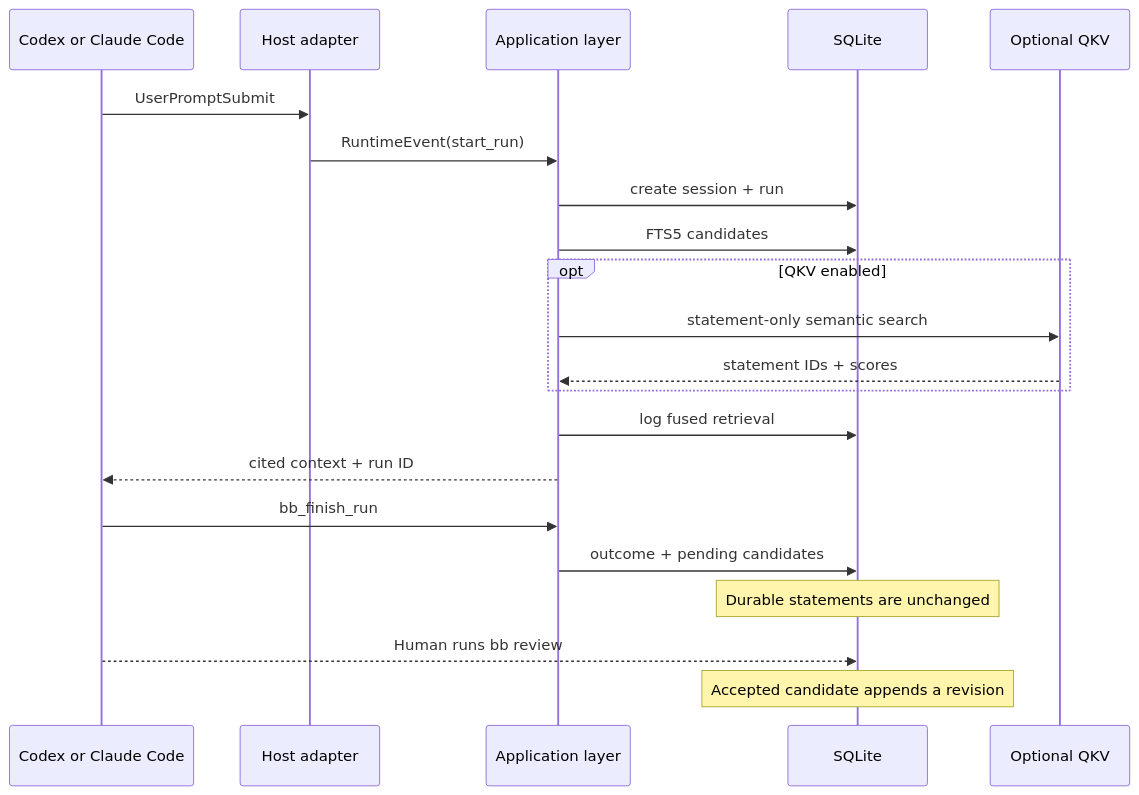
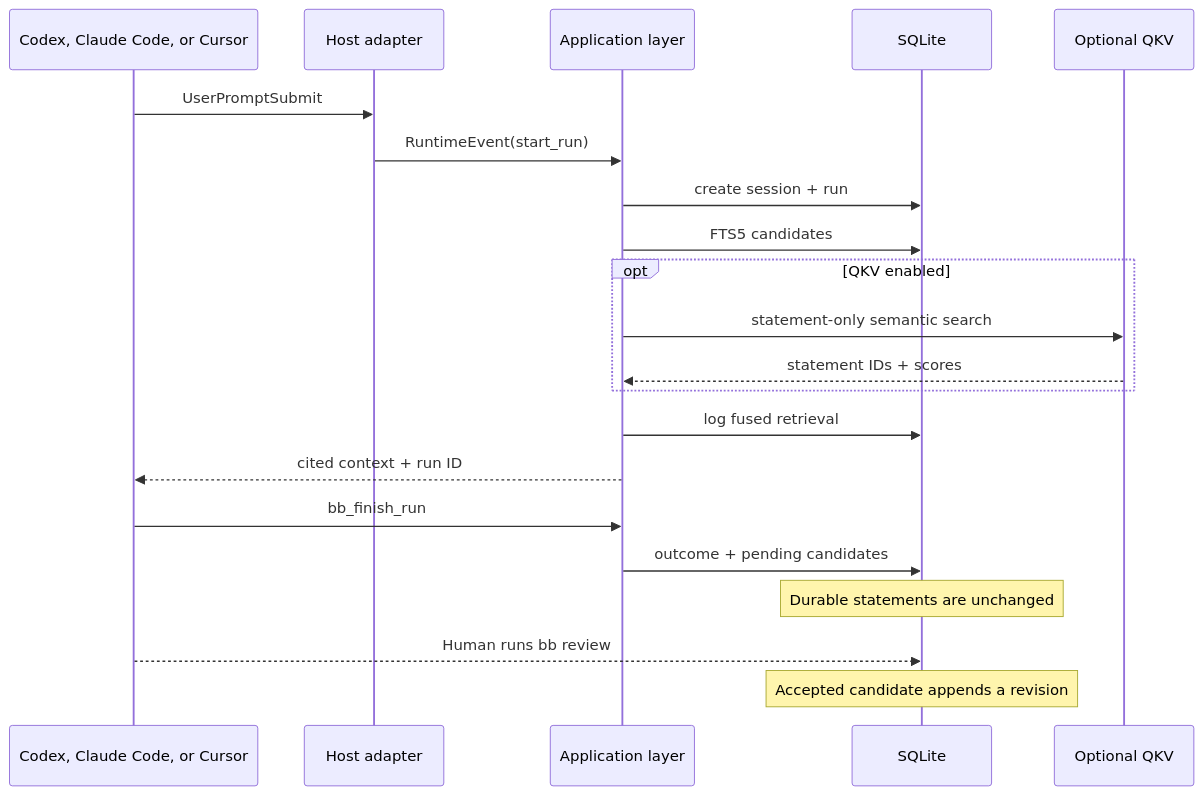
The second of 2 diagrams in docs/ARCHITECTURE.md (BreadBowlAI/bb-code), drawn with Mermaid before and after one commit. The commit also changed other lines of this file and 58 other files, not shown here.

````diff
--- a/docs/ARCHITECTURE.md
+++ b/docs/ARCHITECTURE.md
@@ -90,24 +91,24 @@
 ```mermaid
 sequenceDiagram
-  participant Host as Codex or Claude Code
+  participant Host as Codex, Claude Code, or Cursor
   participant Adapter as Host adapter
   participant App as Application layer
   participant DB as SQLite
   participant QKV as Optional QKV
 
   Host->>Adapter: UserPromptSubmit
   Adapter->>App: RuntimeEvent(start_run)
   App->>DB: create session + run
   App->>DB: FTS5 candidates
   opt QKV enabled
     App->>QKV: statement-only semantic search
     QKV-->>App: statement IDs + scores
   end
   App->>DB: log fused retrieval
   App-->>Host: cited context + run ID
   Host->>App: bb_finish_run
   App->>DB: outcome + pending candidates
   Note over DB: Durable statements are unchanged
   Host-->>DB: Human runs bb review
   Note over DB: Accepted candidate appends a revision
 ```
````
